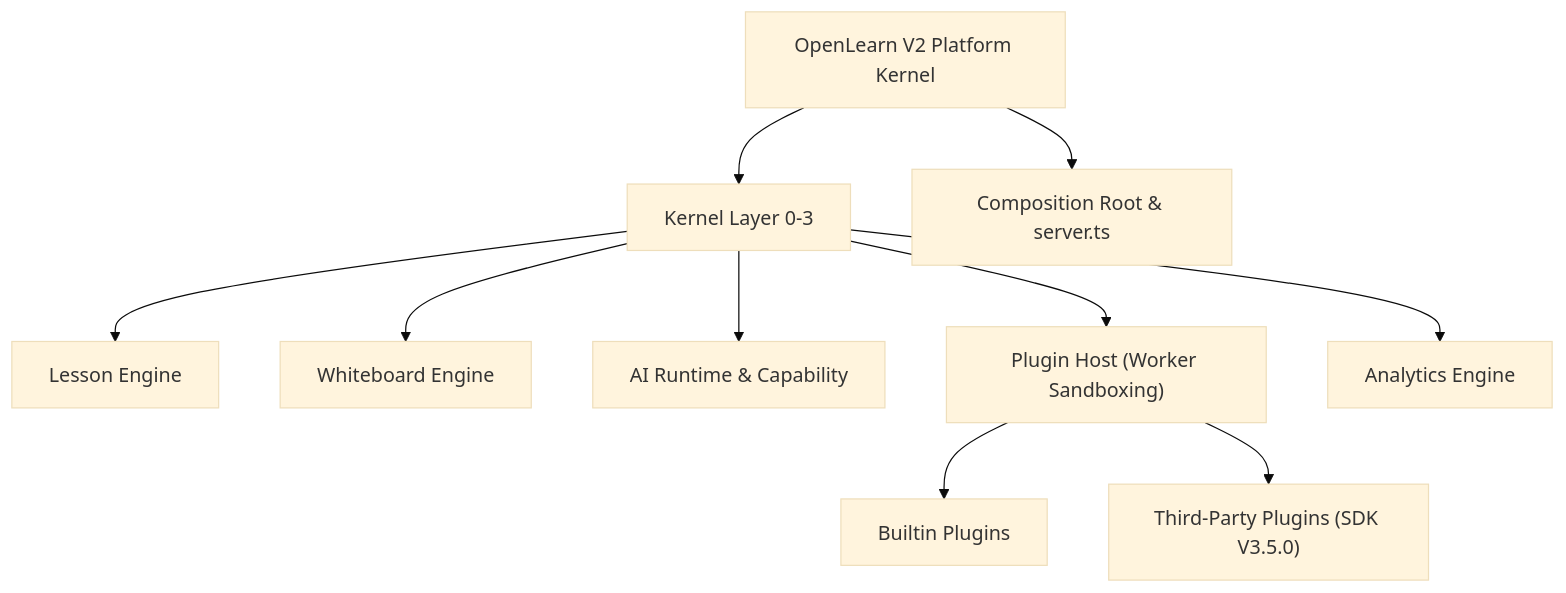
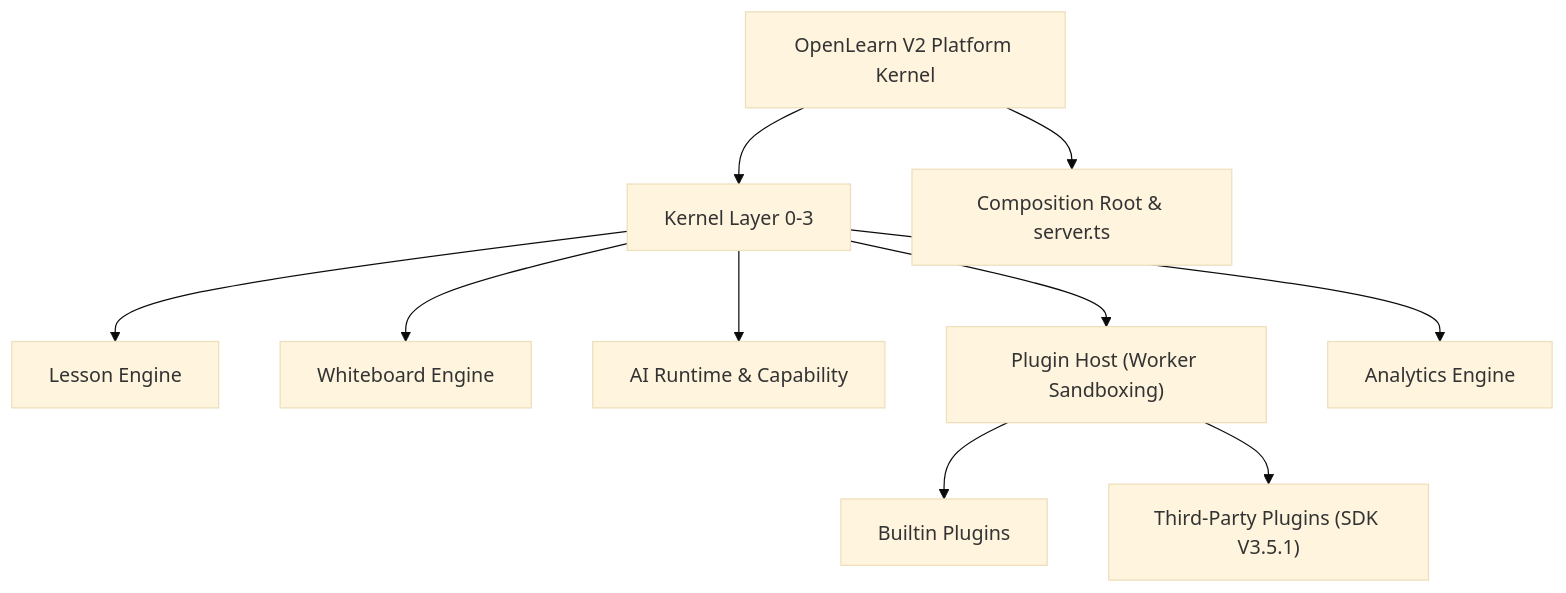
Before and after one commit to aymwoo/OpenLearn-Next-V2: the diagram in docs/getting-started/overview.md, drawn with Mermaid (base theme). The commit also changed other lines of this file and 19 other files, not shown here.

````diff
--- a/docs/getting-started/overview.md
+++ b/docs/getting-started/overview.md
@@ -59,14 +59,14 @@
 ```mermaid
 graph TD
     A["OpenLearn V2 Platform Kernel"] --> B["Kernel Layer 0-3"]
     A --> C["Composition Root & server.ts"]
     
     B --> D["Lesson Engine"]
     B --> E["Whiteboard Engine"]
     B --> F["AI Runtime & Capability"]
     B --> G["Plugin Host (Worker Sandboxing)"]
     B --> H["Analytics Engine"]
     
     G --> I["Builtin Plugins"]
-    G --> J["Third-Party Plugins (SDK V3.5.0)"]
+    G --> J["Third-Party Plugins (SDK V3.5.1)"]
 ```
````
